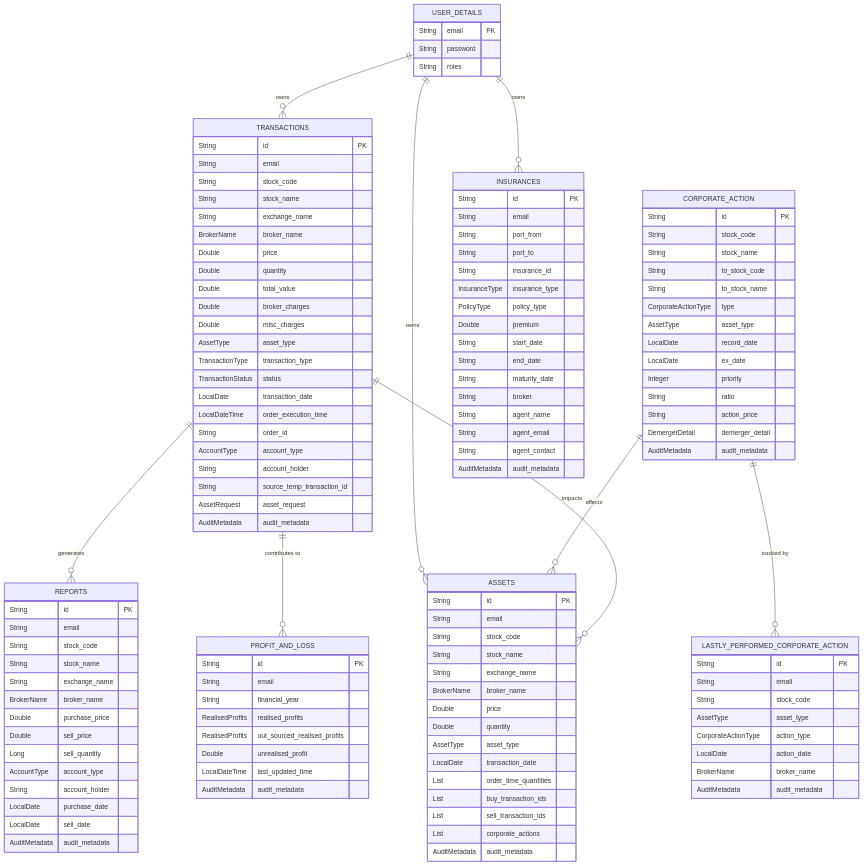
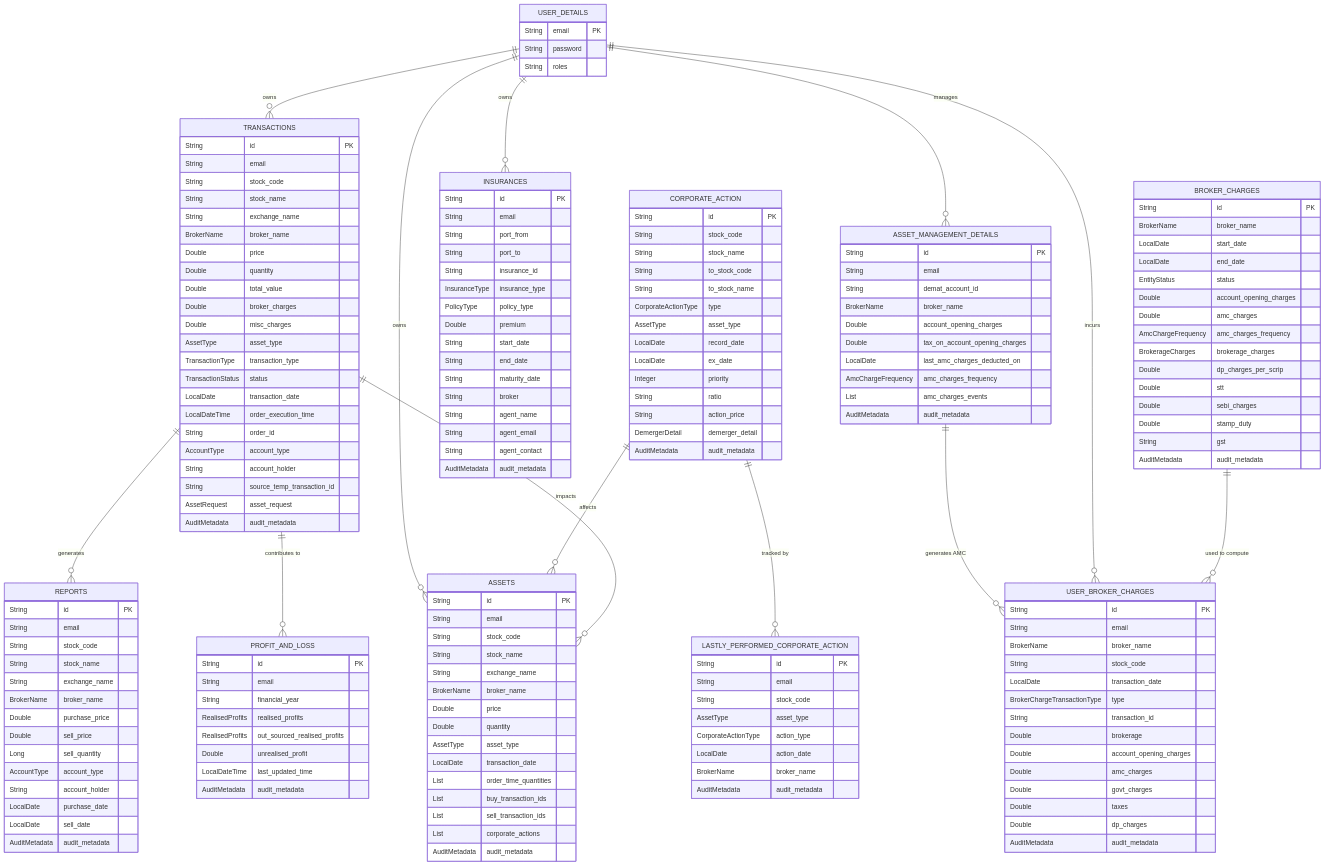
Before and after one commit to this-is-thiru/investment-tracker: the diagram in README.md, drawn with Mermaid. The commit also changed other lines of this file, not shown here.

First line of the commit message:
docs: update README with broker charges, AMC, and v2 transaction details

```diff
--- a/README.md
+++ b/README.md
@@ -44,6 +48,10 @@
     USER_DETAILS ||--o{ TRANSACTIONS : "owns"
     USER_DETAILS ||--o{ ASSETS : "owns"
     USER_DETAILS ||--o{ INSURANCES : "owns"
+    BROKER_CHARGES ||--o{ USER_BROKER_CHARGES : "used to compute"
+    USER_DETAILS ||--o{ USER_BROKER_CHARGES : "incurs"
+    USER_DETAILS ||--o{ ASSET_MANAGEMENT_DETAILS : "manages"
+    ASSET_MANAGEMENT_DETAILS ||--o{ USER_BROKER_CHARGES : "generates AMC"
 
     TRANSACTIONS {
         String id PK
@@ -152,6 +160,54 @@
         AuditMetadata audit_metadata
     }
 
+    BROKER_CHARGES {
+        String id PK
+        BrokerName broker_name
+        LocalDate start_date
+        LocalDate end_date
+        EntityStatus status
+        Double account_opening_charges
+        Double amc_charges
+        AmcChargeFrequency amc_charges_frequency
+        BrokerageCharges brokerage_charges
+        Double dp_charges_per_scrip
+        Double stt
+        Double sebi_charges
+        Double stamp_duty
+        String gst
+        AuditMetadata audit_metadata
+    }
+
+    USER_BROKER_CHARGES {
+        String id PK
+        String email
+        BrokerName broker_name
+        String stock_code
+        LocalDate transaction_date
+        BrokerChargeTransactionType type
+        String transaction_id
+        Double brokerage
+        Double account_opening_charges
+        Double amc_charges
+        Double govt_charges
+        Double taxes
+        Double dp_charges
+        AuditMetadata audit_metadata
+    }
+
+    ASSET_MANAGEMENT_DETAILS {
+        String id PK
+        String email
+        String demat_account_id
+        BrokerName broker_name
+        Double account_opening_charges
+        Double tax_on_account_opening_charges
+        LocalDate last_amc_charges_deducted_on
+        AmcChargeFrequency amc_charges_frequency
+        List amc_charges_events
+        AuditMetadata audit_metadata
+    }
+
     USER_DETAILS {
         String email PK
         String password
```
